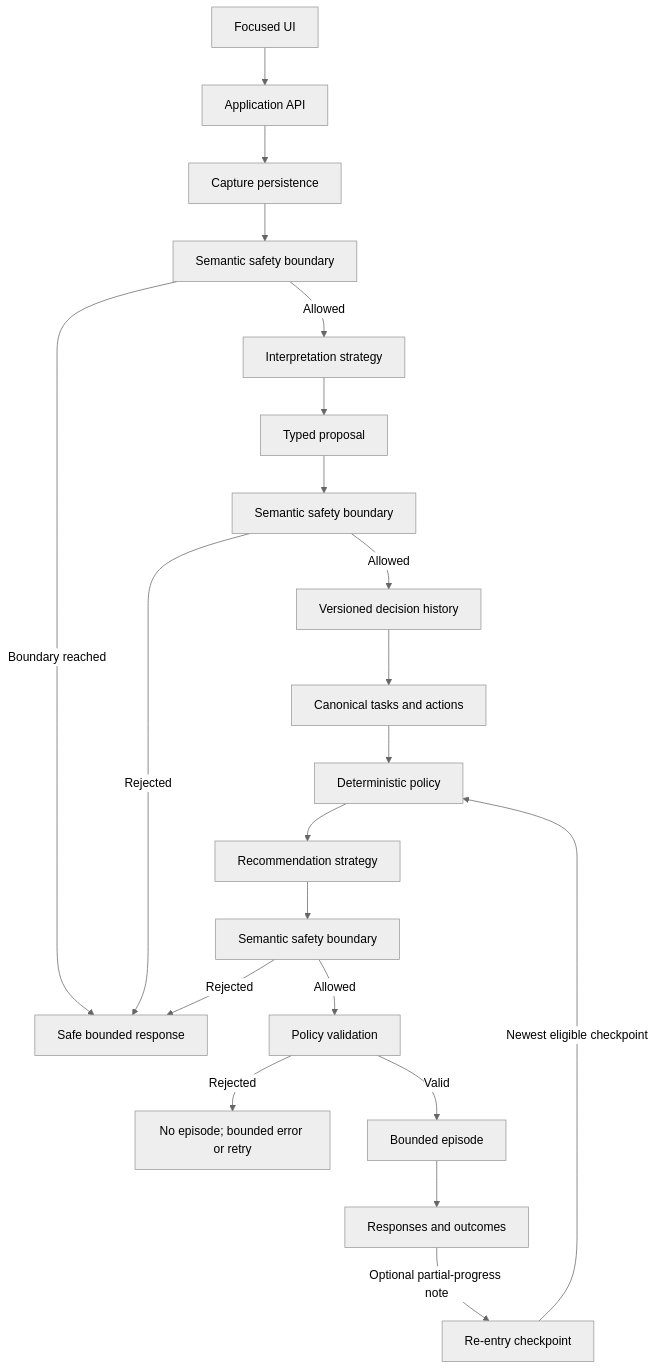
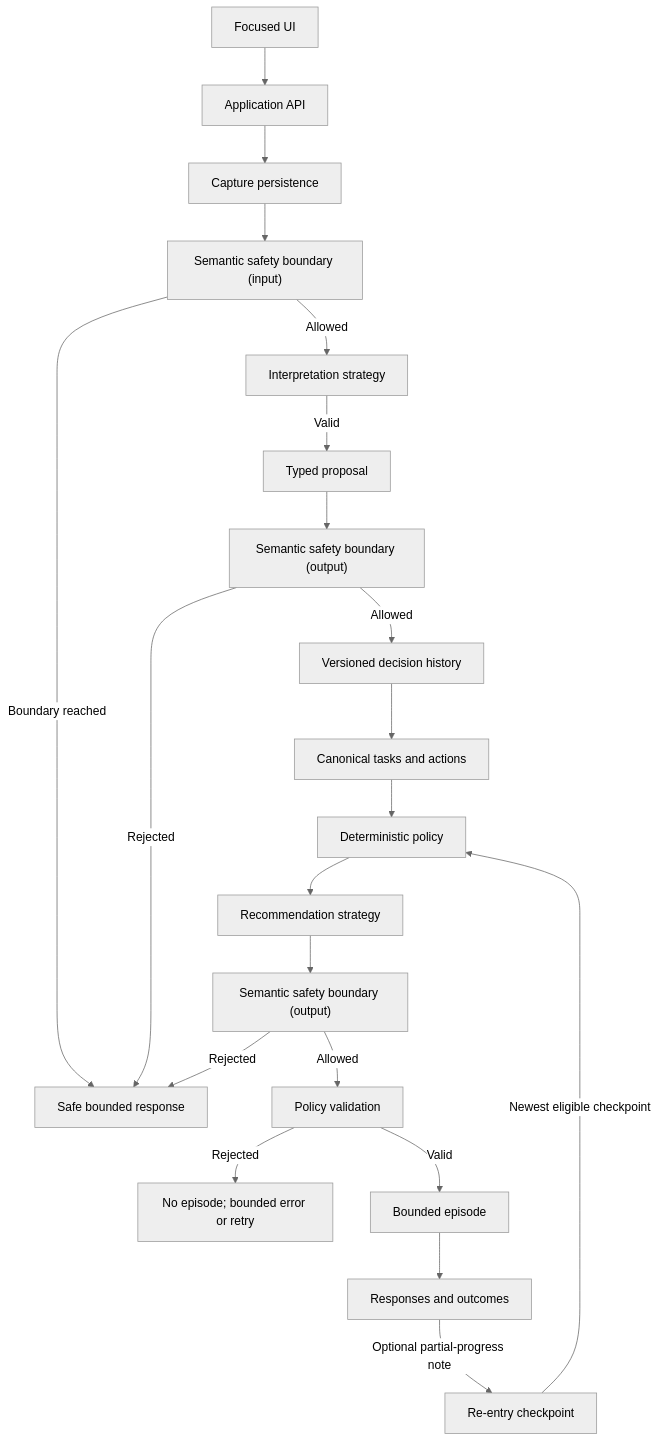
Before and after one commit to rootkow/weavance: the diagram in docs/architecture.md, drawn with Mermaid (neutral theme). The commit also changed other lines of this file and 3 other files, not shown here.

````diff
--- a/docs/architecture.md
+++ b/docs/architecture.md
@@ -37,23 +37,23 @@
 ```mermaid
 flowchart TD
     UI["Focused UI"] --> API["Application API"]
     API --> STORE["Capture persistence"]
-    STORE --> SAFETY_IN["Semantic safety boundary"]
+    STORE --> SAFETY_IN["Semantic safety boundary (input)"]
     SAFETY_IN -->|"Allowed"| INTERPRET["Interpretation strategy"]
     SAFETY_IN -->|"Boundary reached"| SAFE["Safe bounded response"]
-    INTERPRET --> PROPOSAL["Typed proposal"]
-    PROPOSAL --> SAFETY_OUT["Semantic safety boundary"]
+    INTERPRET -->|"Valid"| PROPOSAL["Typed proposal"]
+    PROPOSAL --> SAFETY_OUT["Semantic safety boundary (output)"]
     SAFETY_OUT -->|"Rejected"| SAFE
     SAFETY_OUT -->|"Allowed"| HISTORY["Versioned decision history"]
     HISTORY --> STATE["Canonical tasks and actions"]
     STATE --> POLICY["Deterministic policy"]
     POLICY --> RECOMMEND["Recommendation strategy"]
-    RECOMMEND --> SAFETY_REC["Semantic safety boundary"]
+    RECOMMEND --> SAFETY_REC["Semantic safety boundary (output)"]
     SAFETY_REC -->|"Rejected"| SAFE
     SAFETY_REC -->|"Allowed"| VALIDATE["Policy validation"]
     VALIDATE -->|"Rejected"| NO_EPISODE["No episode; bounded error or retry"]
     VALIDATE -->|"Valid"| EPISODE["Bounded episode"]
     EPISODE --> EVENTS["Responses and outcomes"]
     EVENTS -->|"Optional partial-progress note"| REENTRY["Re-entry checkpoint"]
     REENTRY -->|"Newest eligible checkpoint"| POLICY
 ```
````
